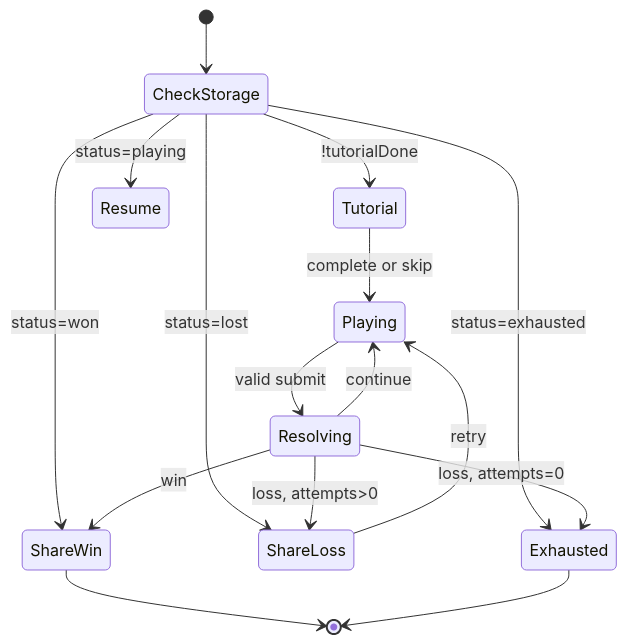
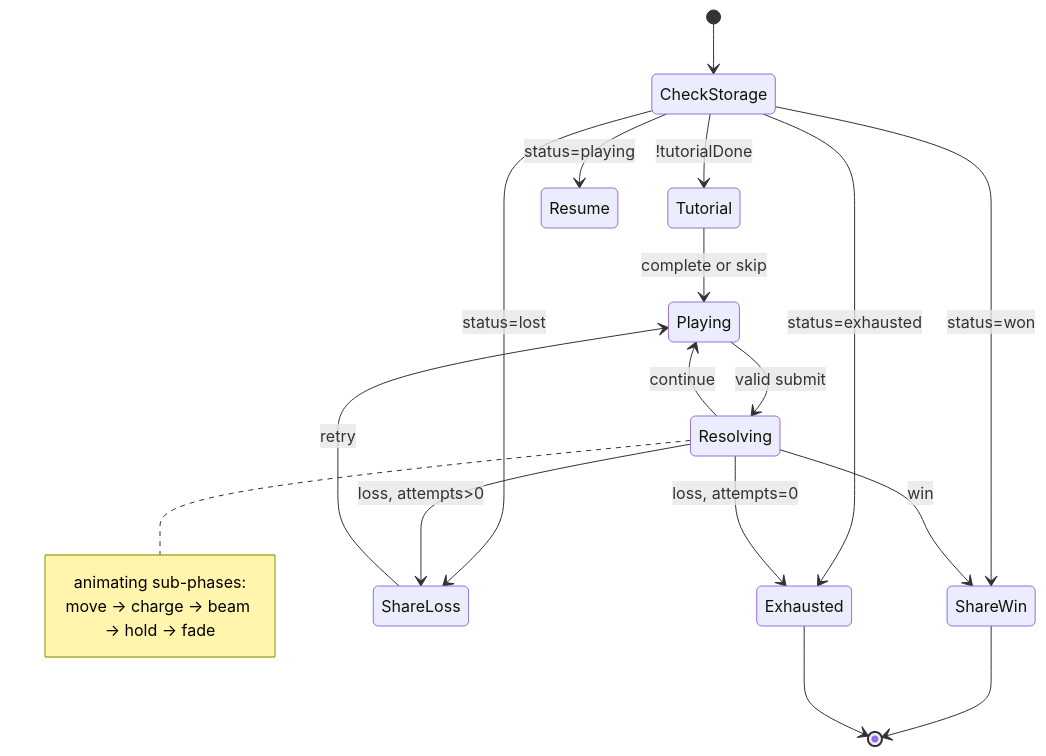
The second of 2 diagrams in docs/simulation/ARCHITECTURE.md (Ani1702/battlecode-frontend), drawn with Mermaid before and after one commit. The commit also changed other lines of this file and 16 other files, not shown here.

````diff
--- a/docs/simulation/ARCHITECTURE.md
+++ b/docs/simulation/ARCHITECTURE.md
@@ -816,20 +1083,25 @@
 ```mermaid
 stateDiagram-v2
     [*] --> CheckStorage
     CheckStorage --> Tutorial: !tutorialDone
     CheckStorage --> Resume: status=playing
     CheckStorage --> ShareWin: status=won
     CheckStorage --> ShareLoss: status=lost
     CheckStorage --> Exhausted: status=exhausted
 
     Tutorial --> Playing: complete or skip
     Playing --> Resolving: valid submit
     Resolving --> Playing: continue
     Resolving --> ShareWin: win
     Resolving --> ShareLoss: loss, attempts>0
     Resolving --> Exhausted: loss, attempts=0
 
+    note right of Resolving
+      animating sub-phases:
+      move → charge → beam → hold → fade
+    end note
+
     ShareLoss --> Playing: retry
     ShareWin --> [*]
     Exhausted --> [*]
 ```
````
